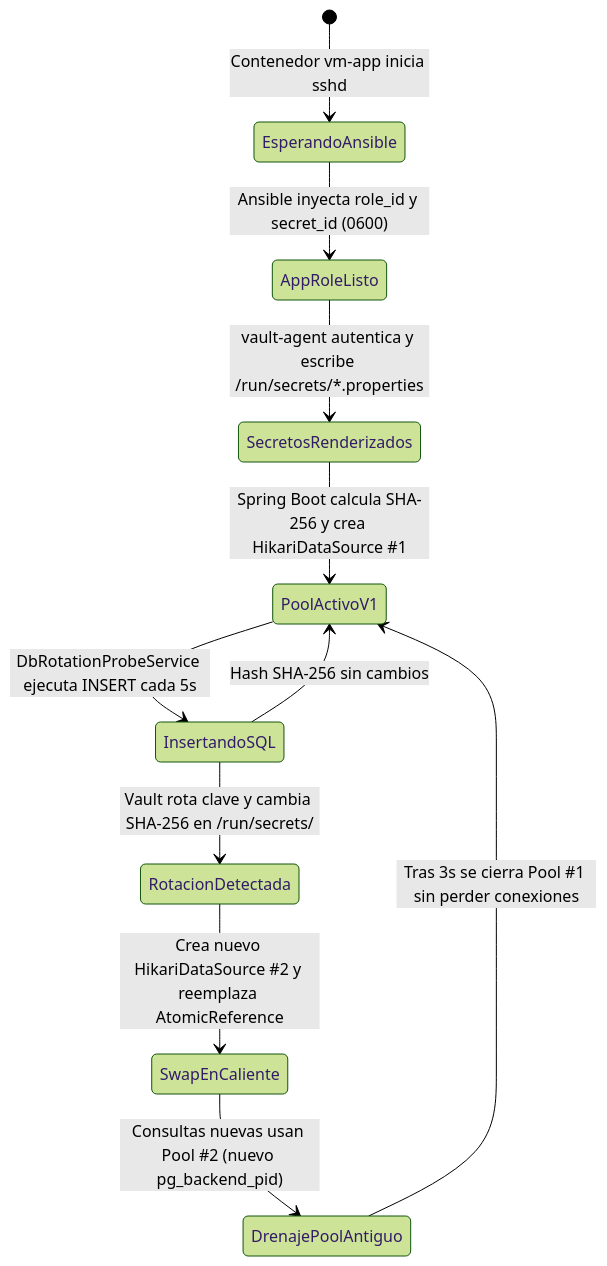
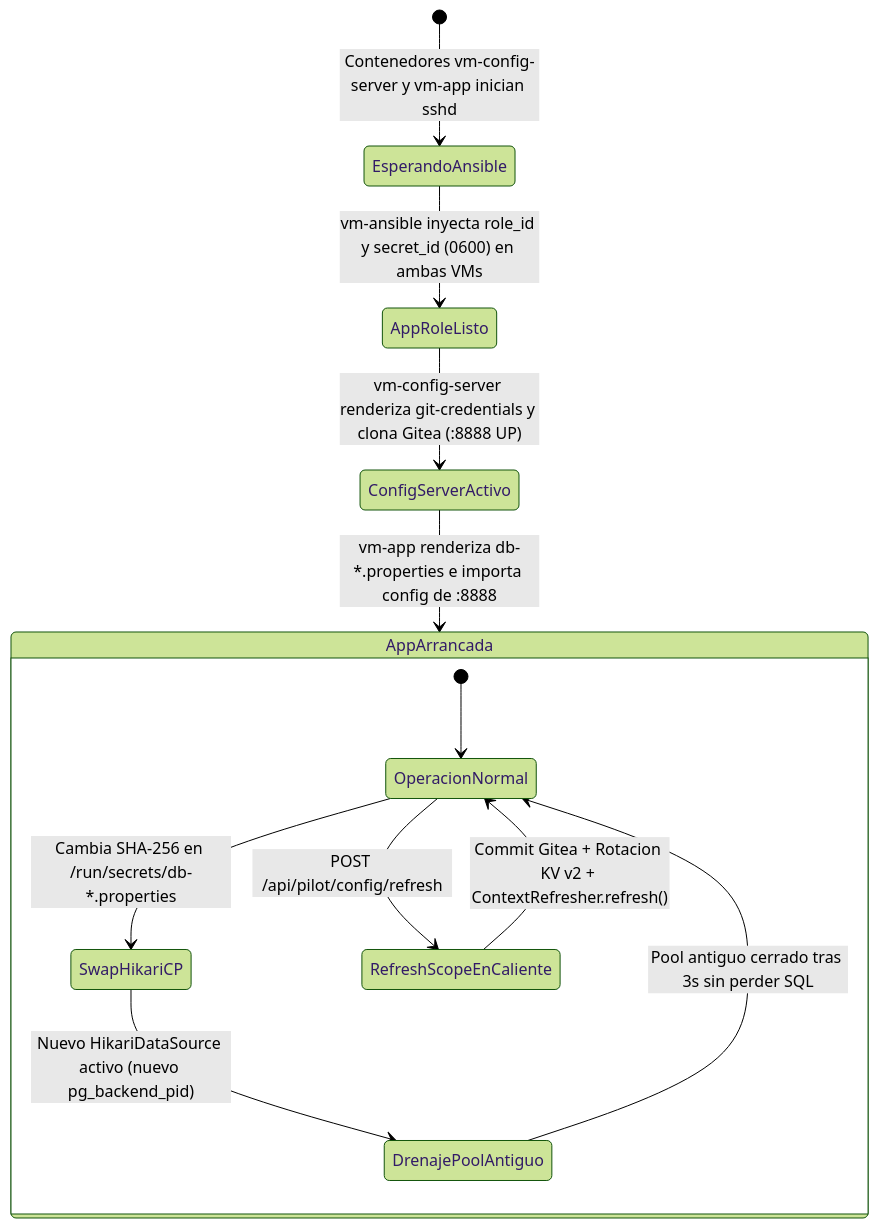
One commit to aremox/vault changed the fourth of 4 diagrams in docs/HOWTO-DUMMIES.md. Above: the diagram before and after it, drawn with Mermaid (forest theme). The commit also changed other lines of this file and 3 other files, not shown here.

````diff
--- a/docs/HOWTO-DUMMIES.md
+++ b/docs/HOWTO-DUMMIES.md
@@ -217,13 +229,17 @@
 ```mermaid
 stateDiagram-v2
-    [*] --> EsperandoAnsible: Contenedor vm-app inicia sshd
-    EsperandoAnsible --> AppRoleListo: Ansible inyecta role_id y secret_id (0600)
-    AppRoleListo --> SecretosRenderizados: vault-agent autentica y escribe /run/secrets/*.properties
-    SecretosRenderizados --> PoolActivoV1: Spring Boot calcula SHA-256 y crea HikariDataSource #1
-    PoolActivoV1 -->InsertandoSQL: DbRotationProbeService ejecuta INSERT cada 5s
-    InsertandoSQL --> PoolActivoV1: Hash SHA-256 sin cambios
-    InsertandoSQL --> RotacionDetectada: Vault rota clave y cambia SHA-256 en /run/secrets/
-    RotacionDetectada --> SwapEnCaliente: Crea nuevo HikariDataSource #2 y reemplaza AtomicReference
-    SwapEnCaliente --> DrenajePoolAntiguo: Consultas nuevas usan Pool #2 (nuevo pg_backend_pid)
-    DrenajePoolAntiguo --> PoolActivoV1: Tras 3s se cierra Pool #1 sin perder conexiones
+    [*] --> EsperandoAnsible: Contenedores vm-config-server y vm-app inician sshd
+    EsperandoAnsible --> AppRoleListo: vm-ansible inyecta role_id y secret_id (0600) en ambas VMs
+    AppRoleListo --> ConfigServerActivo: vm-config-server renderiza git-credentials y clona Gitea (:8888 UP)
+    ConfigServerActivo --> AppArrancada: vm-app renderiza db-*.properties e importa config de :8888
+
+    state AppArrancada {
+        [*] --> OperacionNormal
+        OperacionNormal --> SwapHikariCP: Cambia SHA-256 en /run/secrets/db-*.properties
+        SwapHikariCP --> DrenajePoolAntiguo: Nuevo HikariDataSource activo (nuevo pg_backend_pid)
+        DrenajePoolAntiguo --> OperacionNormal: Pool antiguo cerrado tras 3s sin perder SQL
+
+        OperacionNormal --> RefreshScopeEnCaliente: POST /api/pilot/config/refresh
+        RefreshScopeEnCaliente --> OperacionNormal: Commit Gitea + Rotacion KV v2 + ContextRefresher.refresh()
+    }
 ```
````
